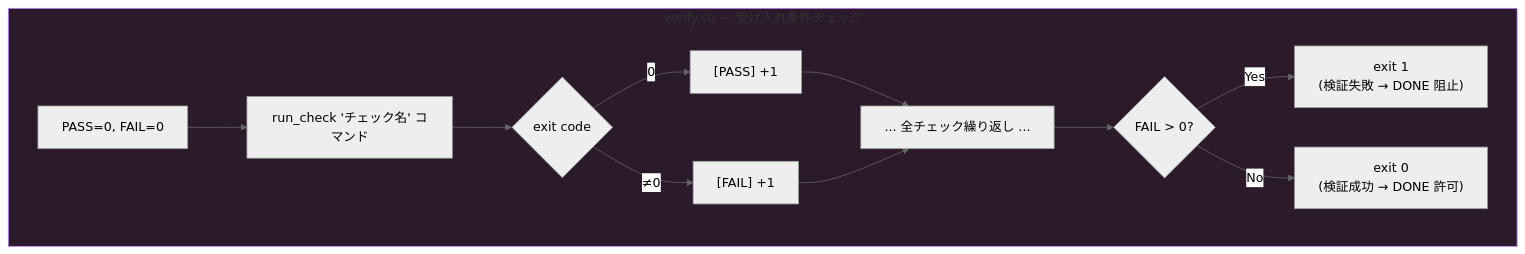
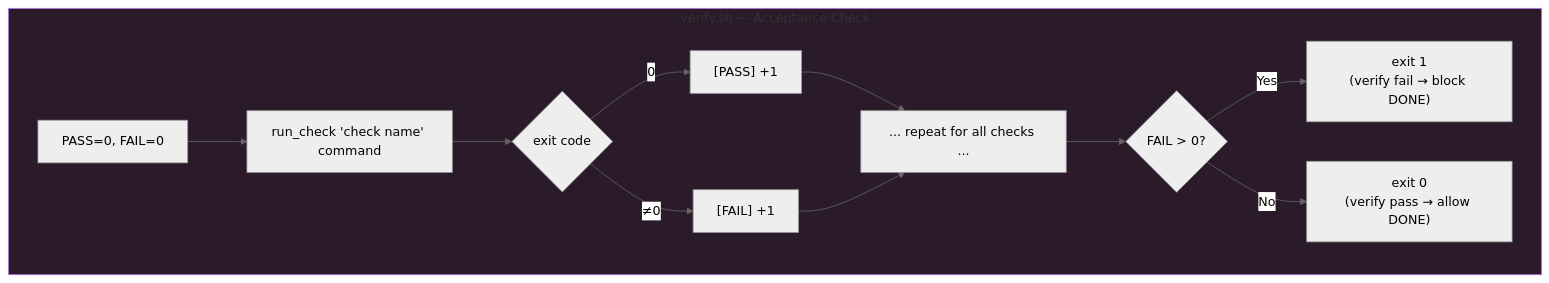
One commit to belinwu/simota-skills changed the third of 3 diagrams in orbit/references/script-flow.md. Above: the diagram before and after it, drawn with Mermaid (neutral theme). The commit also changed other lines of this file and 6 other files, not shown here.

````diff
--- a/orbit/references/script-flow.md
+++ b/orbit/references/script-flow.md
@@ -139,16 +139,16 @@
 ```mermaid
 graph TD
-    subgraph VER["verify.sh — 受け入れ条件チェック"]
+    subgraph VER["verify.sh — Acceptance Check"]
         VC1["PASS=0, FAIL=0"] --> VC2
-        VC2["run_check 'チェック名' コマンド"] --> VC3{exit code}
+        VC2["run_check 'check name' command"] --> VC3{exit code}
         VC3 -->|0| VC4["[PASS] +1"]
         VC3 -->|≠0| VC5["[FAIL] +1"]
-        VC4 --> VC6["... 全チェック繰り返し ..."]
+        VC4 --> VC6["... repeat for all checks ..."]
         VC5 --> VC6
         VC6 --> VC7{"FAIL > 0?"}
-        VC7 -->|Yes| VC8["exit 1<br/>(検証失敗 → DONE 阻止)"]
-        VC7 -->|No| VC9["exit 0<br/>(検証成功 → DONE 許可)"]
+        VC7 -->|Yes| VC8["exit 1<br/>(verify fail → block DONE)"]
+        VC7 -->|No| VC9["exit 0<br/>(verify pass → allow DONE)"]
     end
 
     style VER fill:#2a1a2a,stroke:#c084fc
 ```
````
